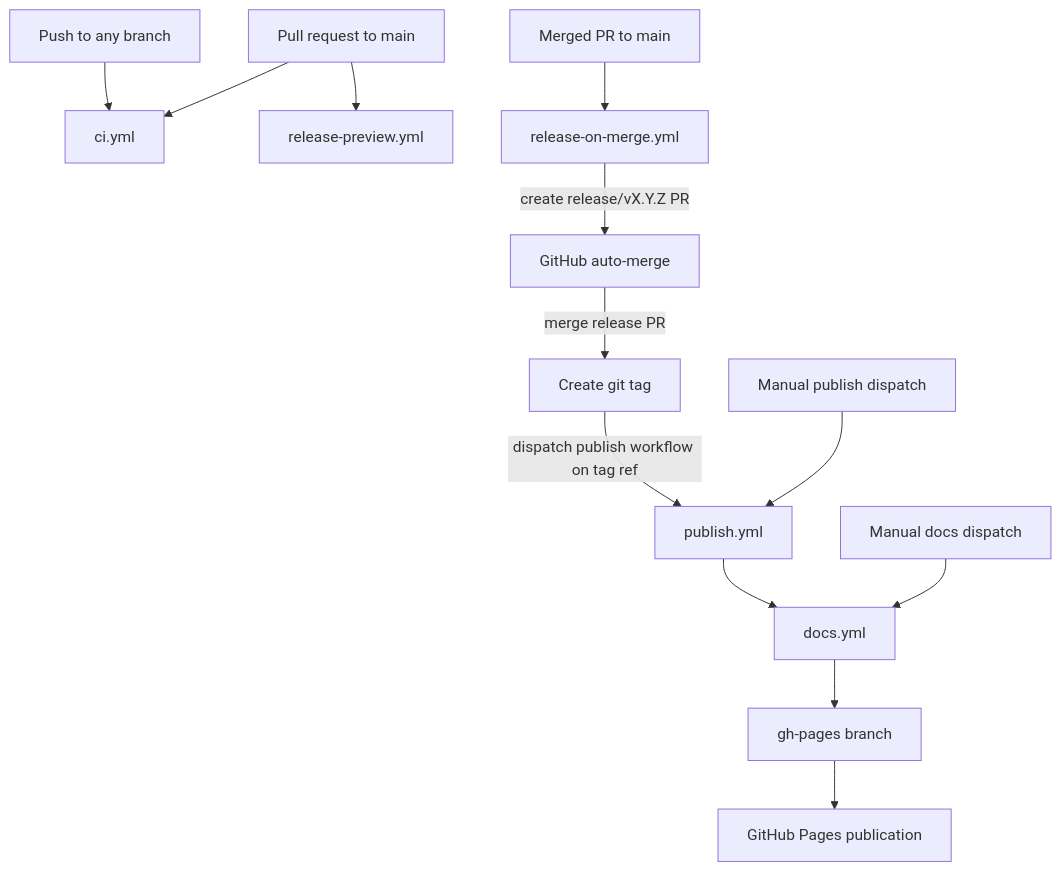
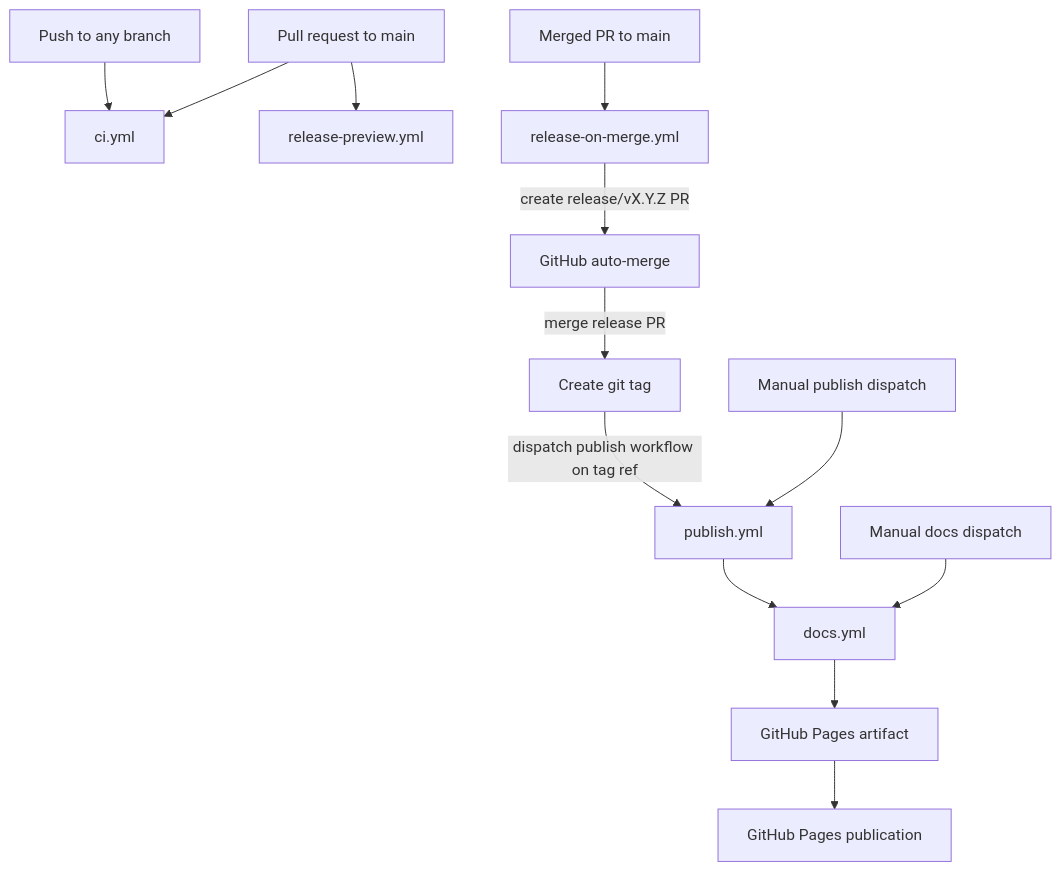
The diagram in .github/workflows/README.md (OWI-Lab/owi-metadatabase-results-sdk), drawn with Mermaid before and after one commit. The commit also changed other lines of this file and 102 other files, not shown here.

First line of the commit message:
feat(results): Tighten architecture

````diff
--- a/.github/workflows/README.md
+++ b/.github/workflows/README.md
@@ -5,15 +5,15 @@
 ```mermaid
 flowchart TD
     Push[Push to any branch] --> CI[ci.yml]
     PR[Pull request to main] --> CI
     PR --> Preview[release-preview.yml]
     MergedPR[Merged PR to main] --> ReleaseOnMerge[release-on-merge.yml]
     ReleaseOnMerge -->|create release/vX.Y.Z PR| AutoMerge[GitHub auto-merge]
     AutoMerge -->|merge release PR| Tag[Create git tag]
     Tag -->|dispatch publish workflow on tag ref| Publish[publish.yml]
     Publish --> Docs[docs.yml]
-    Docs --> GhPages[gh-pages branch]
-    GhPages --> Pages[GitHub Pages publication]
+    Docs --> Artifact[GitHub Pages artifact]
+    Artifact --> Pages[GitHub Pages publication]
     ManualDocs[Manual docs dispatch] --> Docs
     ManualPublish[Manual publish dispatch] --> Publish
 ```
````
